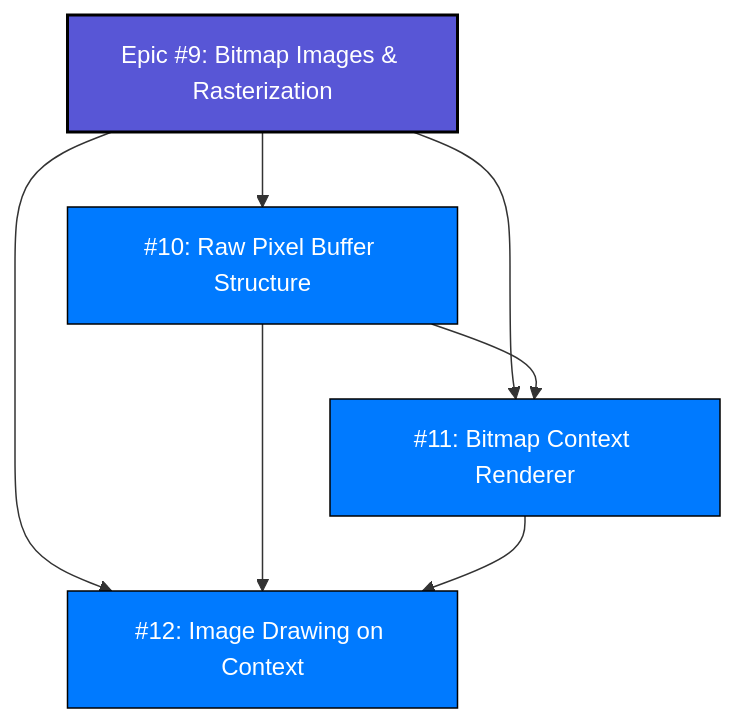
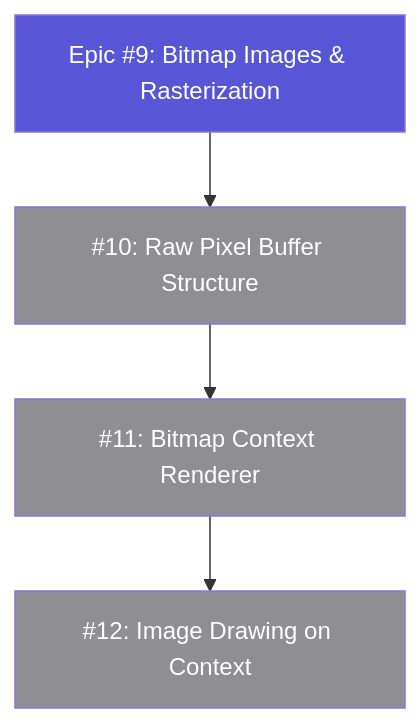
One commit to SlayerMotion/PureDraw changed the third of 6 diagrams in README.md. Above: the diagram before and after it, drawn with Mermaid. The commit also changed other lines of this file and 11 other files, not shown here.

First line of the commit message:
feat: implement graphics state properties and path containment checks

````diff
--- a/README.md
+++ b/README.md
@@ -162,17 +173,16 @@
 ```mermaid
-flowchart TD
-    Epic9["Epic #9: Bitmap Images & Rasterization"]:::epic --> I10["#10: Raw Pixel Buffer Structure"]:::issue
-    Epic9 --> I11["#11: Bitmap Context Renderer"]:::issue
-    Epic9 --> I12["#12: Image Drawing on Context"]:::issue
-    
-    I10 --> I11
-    I10 --> I12
-    I11 --> I12
+flowchart TB
+    classDef done    fill:#34C759,color:#FFFFFF
+    classDef active  fill:#007AFF,color:#FFFFFF
+    classDef review  fill:#30B0C7,color:#FFFFFF
+    classDef next    fill:#5856D6,color:#FFFFFF
+    classDef partial fill:#FF9500,color:#FFFFFF
+    classDef todo    fill:#8E8E93,color:#FFFFFF
 
-    classDef epic fill:#5856d6,stroke:#000,color:#fff,stroke-width:2px;
-    classDef issue fill:#007aff,stroke:#000,color:#fff;
+    Epic9["Epic #9: Bitmap Images & Rasterization"]:::next --> I10["#10: Raw Pixel Buffer Structure"]:::todo --> I11["#11: Bitmap Context Renderer"]:::todo --> I12["#12: Image Drawing on Context"]:::todo
+
     click Epic9 href "https://github.com/mihaelamj/PureDraw/issues/9" "Epic #9"
     click I10 href "https://github.com/mihaelamj/PureDraw/issues/10" "Issue #10"
     click I11 href "https://github.com/mihaelamj/PureDraw/issues/11" "Issue #11"
     click I12 href "https://github.com/mihaelamj/PureDraw/issues/12" "Issue #12"
 ```
````
